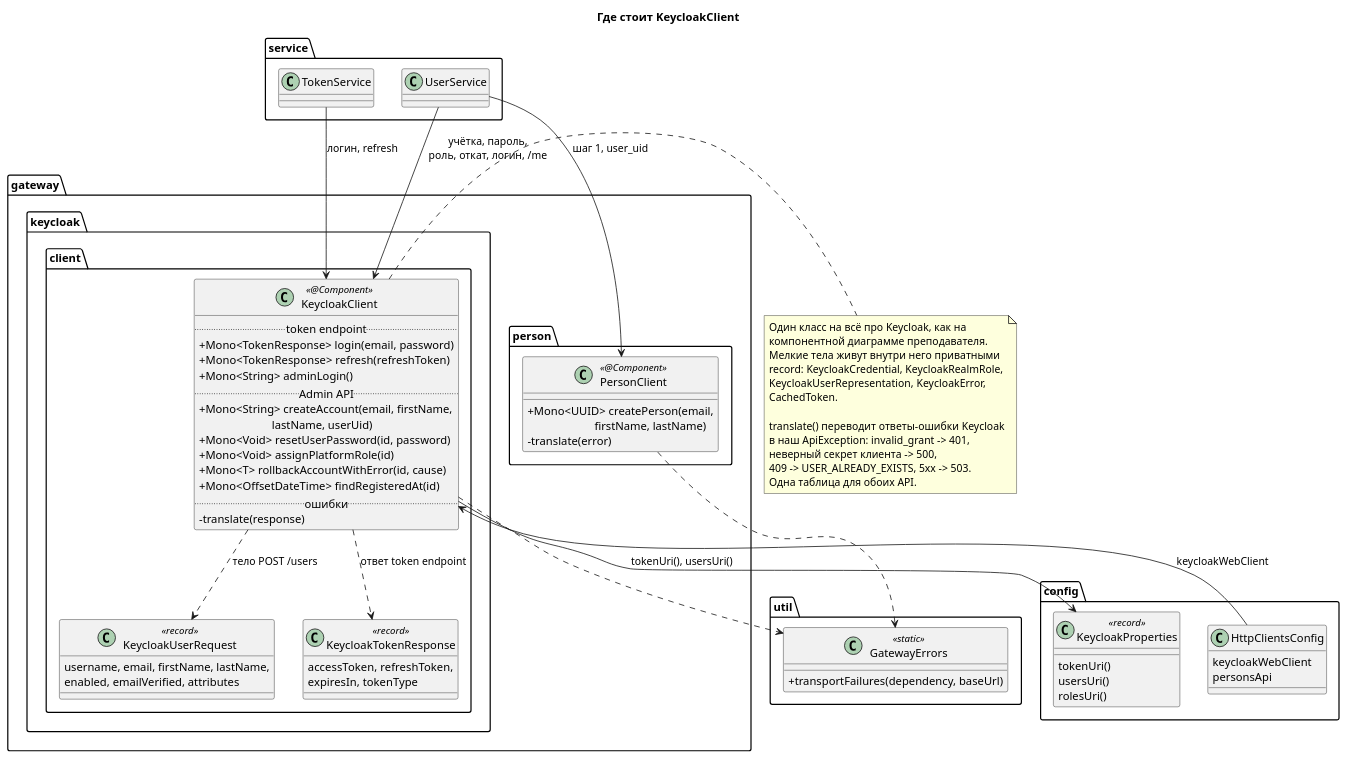
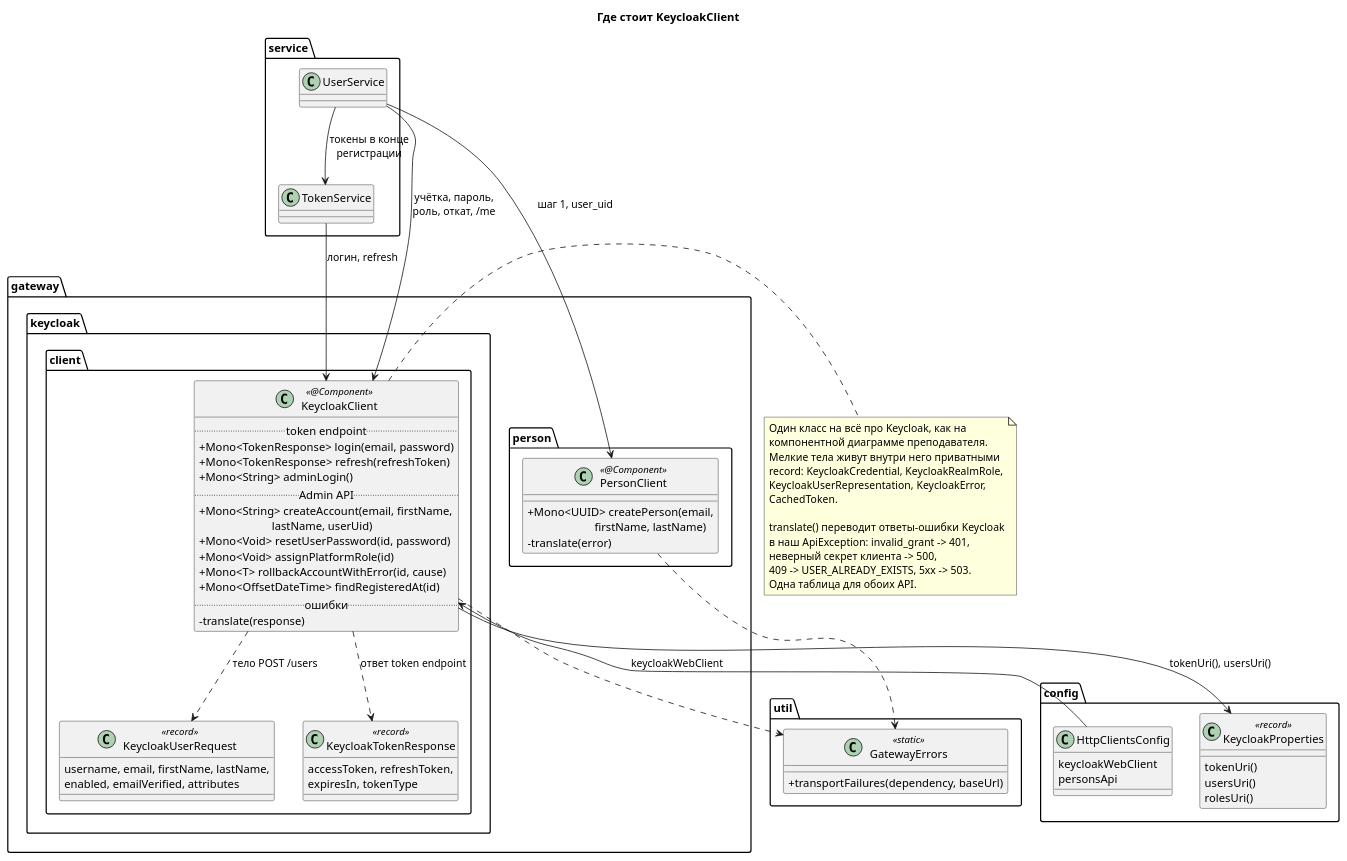
Before and after one commit to dezxxx/payment-platform: the fourth of 4 diagrams in docs/puml-ru/keycloak-client.puml, drawn with PlantUML. The commit also changed other lines of this file and 21 other files, not shown here.

First line of the commit message:
feat: name every scenario step as a span and issue tokens through TokenService

```diff
--- a/docs/puml-ru/keycloak-client.puml
+++ b/docs/puml-ru/keycloak-client.puml
@@ -221,88 +220,89 @@
 @startuml keycloak-classes
 title Где стоит KeycloakClient
 
 skinparam shadowing false
 skinparam classAttributeIconSize 0
 
 package service {
   class UserService
   class TokenService
 }
 
 package "gateway.person" {
   class PersonClient <<@Component>> {
     + Mono<UUID> createPerson(email,\n                       firstName, lastName)
     - translate(error)
   }
 }
 
 package "gateway.keycloak.client" {
   class KeycloakClient <<@Component>> {
     .. token endpoint ..
     + Mono<TokenResponse> login(email, password)
     + Mono<TokenResponse> refresh(refreshToken)
     + Mono<String> adminLogin()
     .. Admin API ..
     + Mono<String> createAccount(email, firstName,\n                         lastName, userUid)
     + Mono<Void> resetUserPassword(id, password)
     + Mono<Void> assignPlatformRole(id)
     + Mono<T> rollbackAccountWithError(id, cause)
     + Mono<OffsetDateTime> findRegisteredAt(id)
     .. ошибки ..
     - translate(response)
   }
   class KeycloakUserRequest <<record>> {
     username, email, firstName, lastName,
     enabled, emailVerified, attributes
   }
   class KeycloakTokenResponse <<record>> {
     accessToken, refreshToken,
     expiresIn, tokenType
   }
 }
 
 package util {
   class GatewayErrors <<static>> {
     + transportFailures(dependency, baseUrl)
   }
 }
 
 package config {
   class KeycloakProperties <<record>> {
     tokenUri()
     usersUri()
     rolesUri()
   }
   class HttpClientsConfig {
     keycloakWebClient
     personsApi
   }
 }
 
 UserService --> PersonClient : шаг 1, user_uid
-UserService --> KeycloakClient : учётка, пароль,\nроль, откат, логин, /me
+UserService --> KeycloakClient : учётка, пароль,\nроль, откат, /me
+UserService --> TokenService : токены в конце\nрегистрации
 TokenService --> KeycloakClient : логин, refresh
 
 KeycloakClient ..> KeycloakUserRequest : тело POST /users
 KeycloakClient ..> KeycloakTokenResponse : ответ token endpoint
 KeycloakClient ..> GatewayErrors
 PersonClient ..> GatewayErrors
 KeycloakClient --> KeycloakProperties : tokenUri(), usersUri()
 HttpClientsConfig --> KeycloakClient : keycloakWebClient
 
 note right of KeycloakClient
   Один класс на всё про Keycloak, как на
   компонентной диаграмме преподавателя.
   Мелкие тела живут внутри него приватными
   record: KeycloakCredential, KeycloakRealmRole,
   KeycloakUserRepresentation, KeycloakError,
   CachedToken.
 
   translate() переводит ответы-ошибки Keycloak
   в наш ApiException: invalid_grant -> 401,
   неверный секрет клиента -> 500,
   409 -> USER_ALREADY_EXISTS, 5xx -> 503.
   Одна таблица для обоих API.
 end note
 
 @enduml
```
